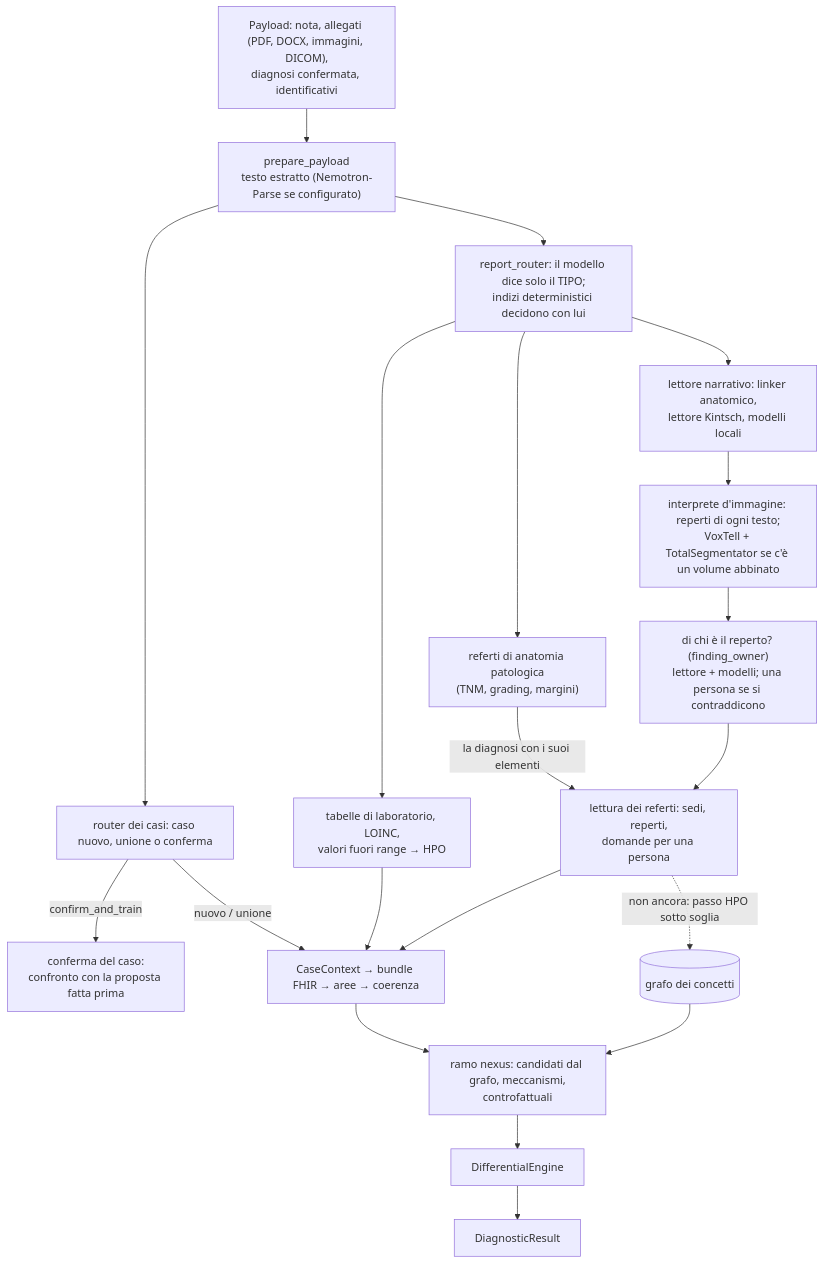
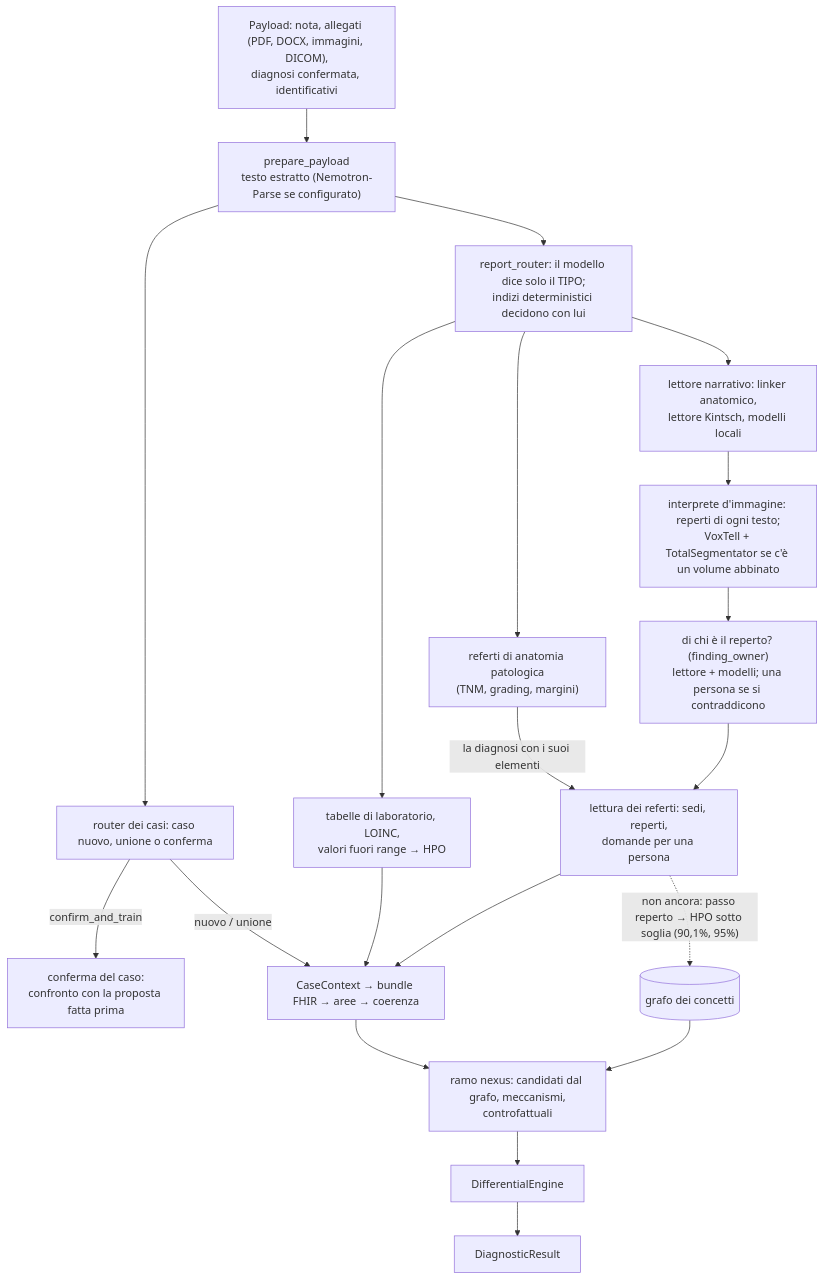
The second of 2 diagrams in docs/it/ARCHITECTURE.md (francescoluciolattari/Melampo-AI), drawn with Mermaid before and after one commit. The commit also changed other lines of this file and 9 other files, not shown here.

````diff
--- a/docs/it/ARCHITECTURE.md
+++ b/docs/it/ARCHITECTURE.md
@@ -29,21 +29,21 @@
 ```mermaid
 flowchart TD
   payload["Payload: nota, allegati (PDF, DOCX, immagini, DICOM),<br/>diagnosi confermata, identificativi"] --> prep["prepare_payload<br/>testo estratto (Nemotron-Parse se configurato)"]
   prep --> router["report_router: il modello dice solo il TIPO;<br/>indizi deterministici decidono con lui"]
   router --> lab["tabelle di laboratorio, LOINC,<br/>valori fuori range → HPO"]
   router --> path["referti di anatomia patologica<br/>(TNM, grading, margini)"]
   path -->|"la diagnosi con i suoi elementi"| rr
   router --> narr["lettore narrativo: linker anatomico,<br/>lettore Kintsch, modelli locali"]
   narr --> img["interprete d'immagine: reperti di ogni testo;<br/>VoxTell + TotalSegmentator se c'è un volume abbinato"]
   img --> owner["di chi è il reperto? (finding_owner)<br/>lettore + modelli; una persona se si contraddicono"]
   owner --> rr["lettura dei referti: sedi, reperti,<br/>domande per una persona"]
   prep --> d1["router dei casi: caso nuovo, unione o conferma"]
   d1 -->|confirm_and_train| conf["conferma del caso:<br/>confronto con la proposta fatta prima"]
   d1 -->|nuovo / unione| ingest["CaseContext → bundle FHIR → aree → coerenza"]
   lab --> ingest
   rr --> ingest
   ingest --> nexus["ramo nexus: candidati dal grafo, meccanismi,<br/>controfattuali"]
   nexus --> diff["DifferentialEngine"] --> res["DiagnosticResult"]
-  rr -.->|"non ancora: passo HPO sotto soglia"| graphnode[("grafo dei concetti")]
+  rr -.->|"non ancora: passo reperto → HPO sotto soglia (90,1%, 95%)"| graphnode[("grafo dei concetti")]
   graphnode --> nexus
 ```
````
